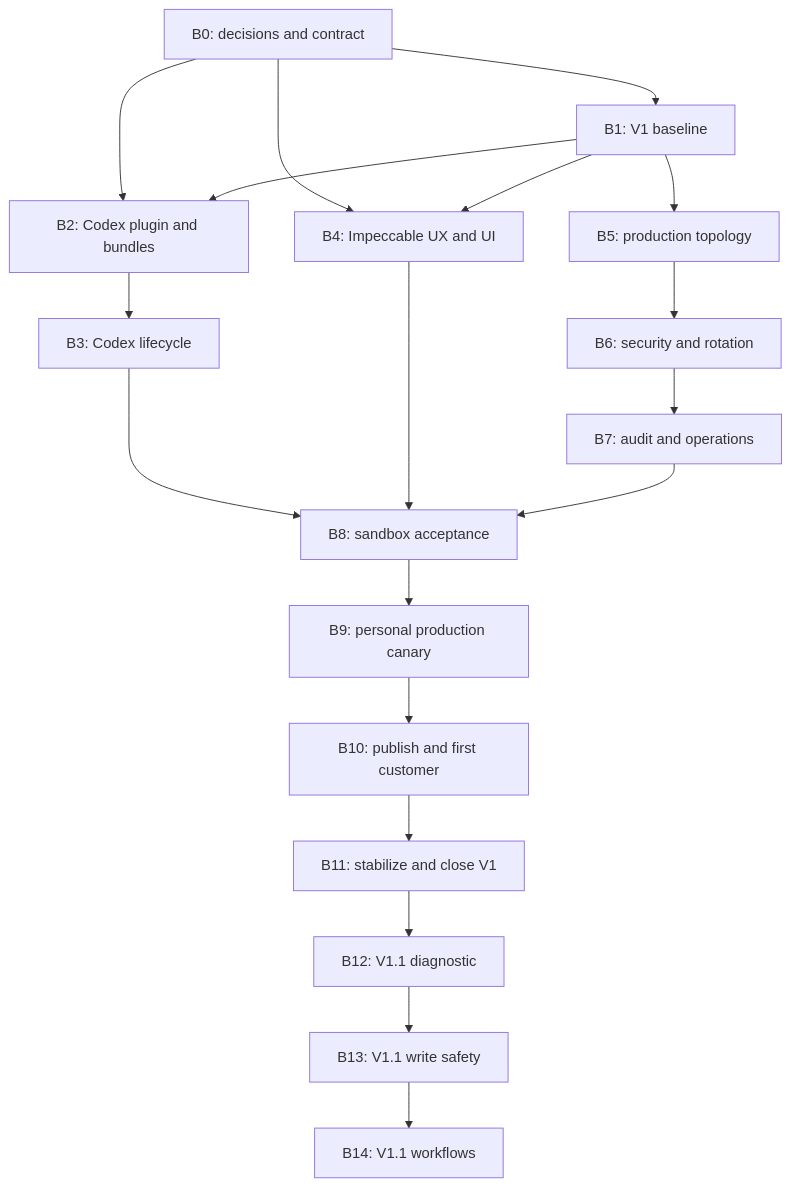
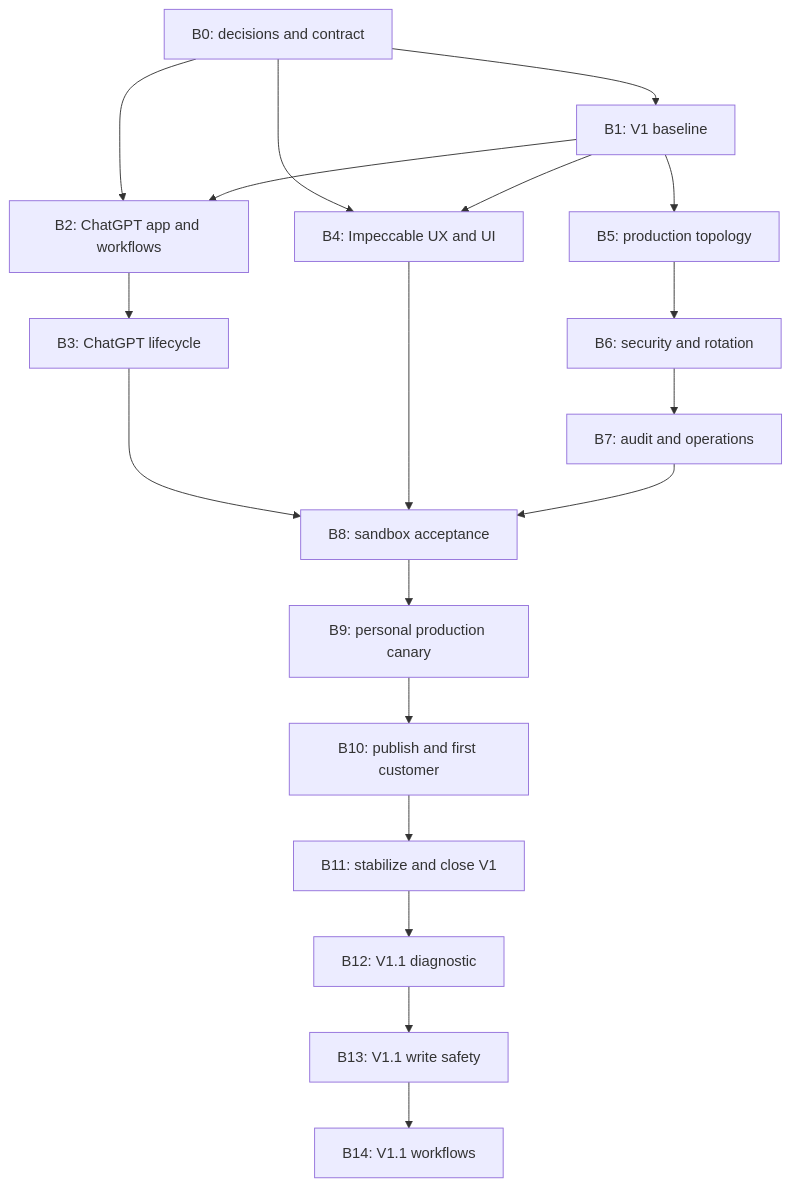
Before and after one commit to pezzos/pipedrive-mcp-lab: the diagram in docs/PRODUCTION_EXECUTION_PROGRAM.md, drawn with Mermaid. The commit also changed other lines of this file and 5 other files, not shown here.

````diff
--- a/docs/PRODUCTION_EXECUTION_PROGRAM.md
+++ b/docs/PRODUCTION_EXECUTION_PROGRAM.md
@@ -222,37 +225,37 @@
 ```mermaid
 flowchart TD
     B0["B0: decisions and contract"]
     B1["B1: V1 baseline"]
-    B2["B2: Codex plugin and bundles"]
-    B3["B3: Codex lifecycle"]
+    B2["B2: ChatGPT app and workflows"]
+    B3["B3: ChatGPT lifecycle"]
     B4["B4: Impeccable UX and UI"]
     B5["B5: production topology"]
     B6["B6: security and rotation"]
     B7["B7: audit and operations"]
     B8["B8: sandbox acceptance"]
     B9["B9: personal production canary"]
     B10["B10: publish and first customer"]
     B11["B11: stabilize and close V1"]
     B12["B12: V1.1 diagnostic"]
     B13["B13: V1.1 write safety"]
     B14["B14: V1.1 workflows"]
 
     B0 --> B1
     B0 --> B2
     B1 --> B2
     B2 --> B3
     B0 --> B4
     B1 --> B4
     B1 --> B5
     B5 --> B6
     B6 --> B7
     B3 --> B8
     B4 --> B8
     B7 --> B8
     B8 --> B9
     B9 --> B10
     B10 --> B11
     B11 --> B12
     B12 --> B13
     B13 --> B14
 ```
````
